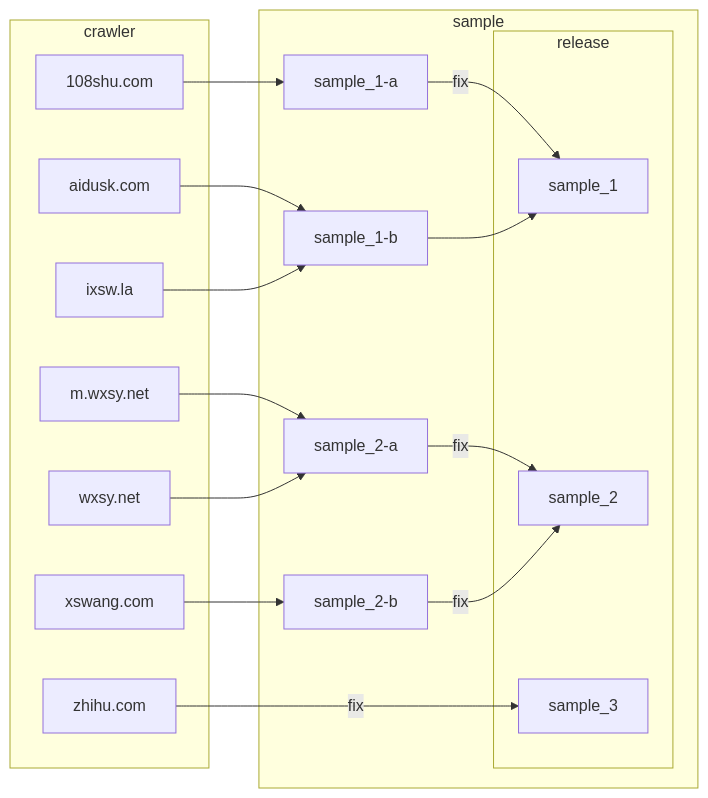
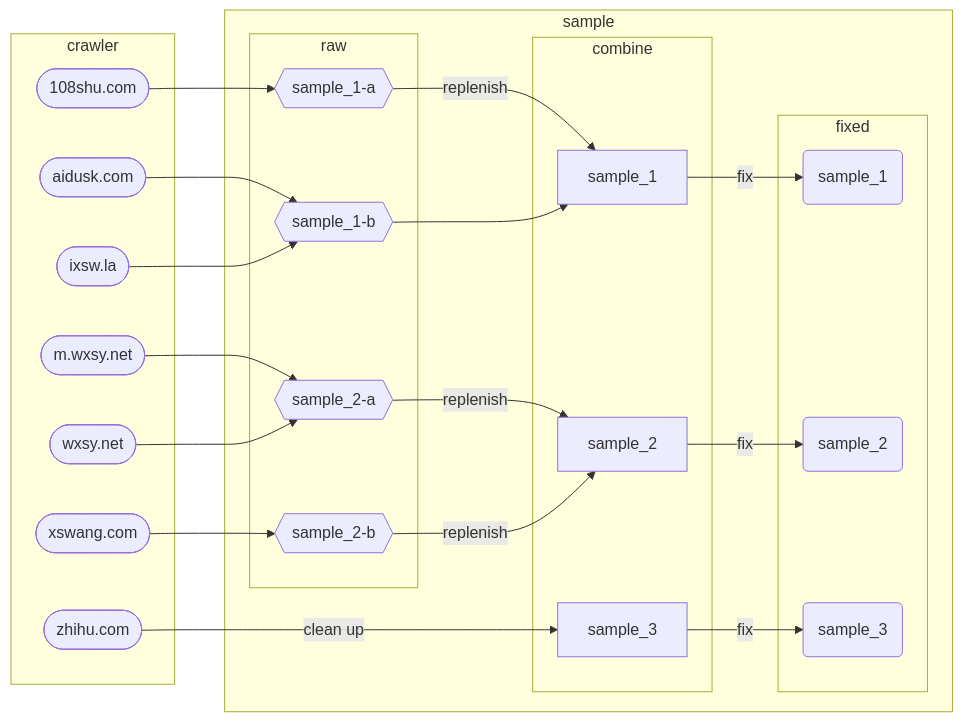
Before and after one commit to dnomd343/xxrs-crawler: the diagram in README.md, drawn with Mermaid.

Commit message:
docs: update mermaid code

````diff
--- a/README.md
+++ b/README.md
@@ -3,24 +3,42 @@
 ```mermaid
   graph LR
     subgraph sample
-      sample_1-a -- fix --> sample_1
-      sample_1-b --> sample_1
-      sample_2-a -- fix --> sample_2
-      sample_2-b -- fix --> sample_2
-      subgraph release
-        sample_1
-        sample_2
-        sample_3
+      subgraph raw
+        s1a_raw{{sample_1-a}}
+        s1b_raw{{sample_1-b}}
+        s2a_raw{{sample_2-a}}
+        s2b_raw{{sample_2-b}}
       end
+
+      subgraph combine
+        s1_combine[sample_1]
+        s2_combine[sample_2]
+        s3_combine[sample_3]
+      end
+
+      subgraph fixed
+        s1_fixed(sample_1)
+        s2_fixed(sample_2)
+        s3_fixed(sample_3)
+      end
+
+      s1a_raw -- replenish --> s1_combine
+      s1b_raw --> s1_combine
+      s2a_raw -- replenish --> s2_combine
+      s2b_raw -- replenish --> s2_combine
+
+      s1_combine -- fix --> s1_fixed
+      s2_combine -- fix --> s2_fixed
+      s3_combine -- fix --> s3_fixed
     end
 
     subgraph crawler
-      108shu.com --> sample_1-a
-      aidusk.com --> sample_1-b
-      ixsw.la --> sample_1-b
-      m.wxsy.net --> sample_2-a
-      wxsy.net --> sample_2-a
-      xswang.com --> sample_2-b
-      zhihu.com -- fix --> sample_3
+      source_1([108shu.com]) --> s1a_raw
+      source_2([aidusk.com]) --> s1b_raw
+      source_3([ixsw.la]) --> s1b_raw
+      source_4([m.wxsy.net]) --> s2a_raw
+      source_5([wxsy.net]) --> s2a_raw
+      source_6([xswang.com]) --> s2b_raw
+      source_7([zhihu.com]) -- clean up --> s3_combine
     end
 ```
````
